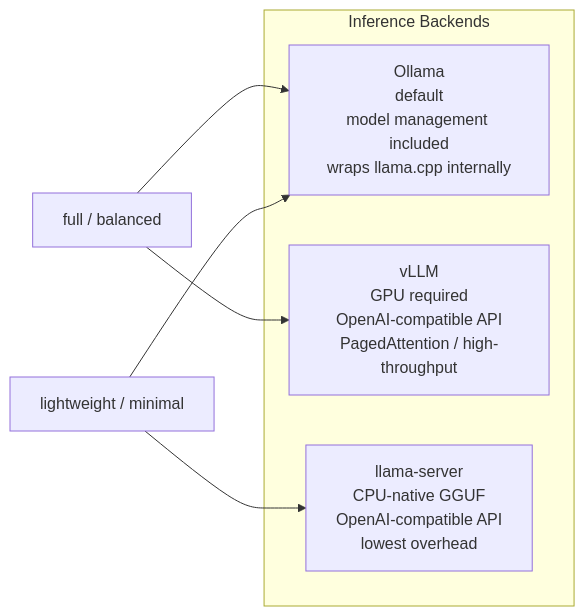
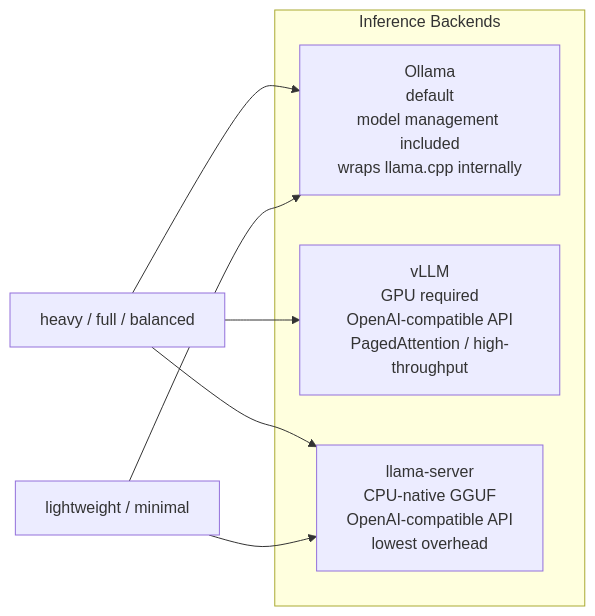
Before and after one commit to Chrisys93/code-doc-assistant: the fourth of 6 diagrams in README.md, drawn with Mermaid. The commit also changed other lines of this file and 29 other files, not shown here.

````diff
--- a/README.md
+++ b/README.md
@@ -346,11 +467,11 @@
 ```mermaid
 flowchart LR
     subgraph BACKENDS["Inference Backends"]
         OL["Ollama\ndefault\nmodel management included\nwraps llama.cpp internally"]
         VL["vLLM\nGPU required\nOpenAI-compatible API\nPagedAttention / high-throughput"]
         LC["llama-server\nCPU-native GGUF\nOpenAI-compatible API\nlowest overhead"]
     end
 
-    FULL["full / balanced"] --> OL & VL
+    FULL["heavy / full / balanced"] --> OL & VL & LC
     LIGHT["lightweight / minimal"] --> OL & LC
 ```
````
